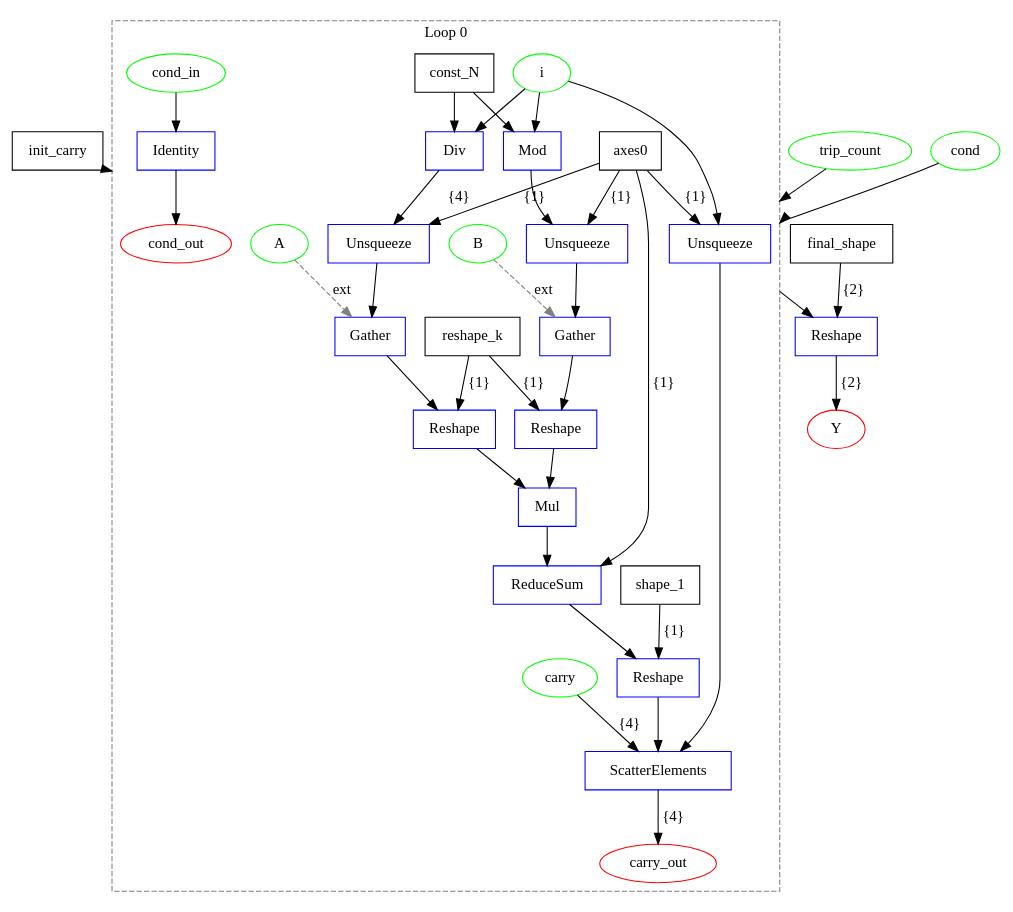
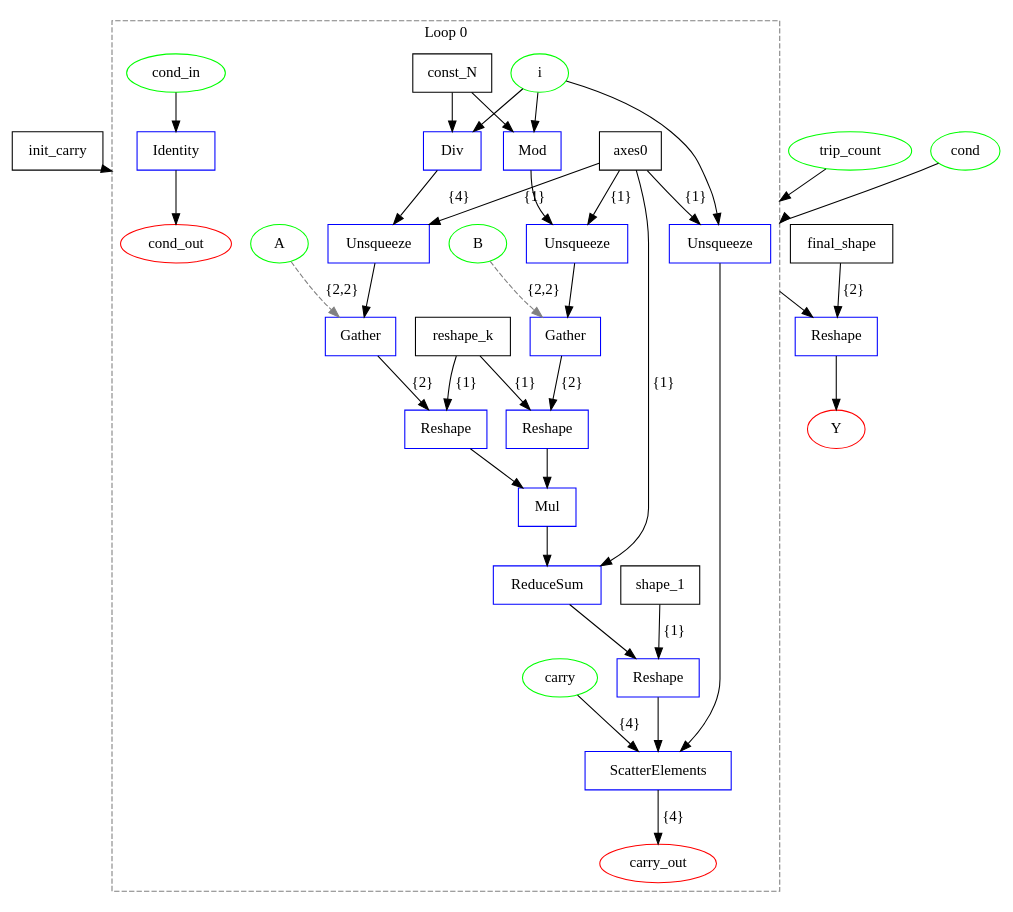
One commit to specs-feup/onnx-flow changed the diagram in examples/onnx/matmul_decomposed.dot. Above: the diagram before and after it, drawn with Graphviz. The commit also changed 27 other files, not shown here.

```diff
--- a/examples/onnx/matmul_decomposed.dot
+++ b/examples/onnx/matmul_decomposed.dot
@@ -1,77 +1,77 @@
 digraph {
   graph [compound=true];
   init_carry [label=init_carry shape=box];
   final_shape [label=final_shape shape=box];
   A [label=A shape=ellipse color="#00FF00"];
   B [label=B shape=ellipse color="#00FF00"];
   trip_count [label=trip_count shape=ellipse color="#00FF00"];
   cond [label=cond shape=ellipse color="#00FF00"];
   Y [label=Y shape=ellipse color="#FF0000"];
   subgraph cluster_loop_0 {
     graph [rankdir=LR compound=true];
     loop0_const_N [label=const_N shape=box];
     loop0_axes0 [label=axes0 shape=box];
     loop0_shape_1 [label=shape_1 shape=box];
     loop0_reshape_k [label=reshape_k shape=box];
     loop0_i [label=i shape=ellipse color="#00FF00"];
     loop0_cond_in [label=cond_in shape=ellipse color="#00FF00"];
     loop0_carry [label=carry shape=ellipse color="#00FF00"];
     loop0_cond_out [label=cond_out shape=ellipse color="#FF0000"];
     loop0_carry_out [label=carry_out shape=ellipse color="#FF0000"];
     loop0_0 [label=Unsqueeze shape=box color="#0000FF"];
     loop0_0 -> loop0_12 [label=""];
     loop0_1 [label=Div shape=box color="#0000FF"];
     loop0_1 -> loop0_3 [label=""];
     loop0_2 [label=Mod shape=box color="#0000FF"];
     loop0_2 -> loop0_4 [label=""];
     loop0_3 [label=Unsqueeze shape=box color="#0000FF"];
     loop0_3 -> loop0_5 [label=""];
     loop0_4 [label=Unsqueeze shape=box color="#0000FF"];
     loop0_4 -> loop0_7 [label=""];
     loop0_5 [label=Gather shape=box color="#0000FF"];
-    loop0_5 -> loop0_6 [label=""];
+    loop0_5 -> loop0_6 [label="{2}"];
     loop0_6 [label=Reshape shape=box color="#0000FF"];
     loop0_6 -> loop0_9 [label=""];
     loop0_7 [label=Gather shape=box color="#0000FF"];
-    loop0_7 -> loop0_8 [label=""];
+    loop0_7 -> loop0_8 [label="{2}"];
     loop0_8 [label=Reshape shape=box color="#0000FF"];
     loop0_8 -> loop0_9 [label=""];
     loop0_9 [label=Mul shape=box color="#0000FF"];
     loop0_9 -> loop0_10 [label=""];
     loop0_10 [label=ReduceSum shape=box color="#0000FF"];
     loop0_10 -> loop0_11 [label=""];
     loop0_11 [label=Reshape shape=box color="#0000FF"];
     loop0_11 -> loop0_12 [label=""];
     loop0_12 [label=ScatterElements shape=box color="#0000FF"];
     loop0_13 [label=Identity shape=box color="#0000FF"];
     loop0_i -> loop0_0 [label=""];
     loop0_axes0 -> loop0_0 [label="{1}"];
+    loop0_12 -> loop0_carry_out [label="{4}"];
     loop0_i -> loop0_1 [label=""];
     loop0_const_N -> loop0_1 [label=""];
     loop0_i -> loop0_2 [label=""];
     loop0_const_N -> loop0_2 [label=""];
     loop0_axes0 -> loop0_3 [label="{1}"];
     loop0_axes0 -> loop0_4 [label="{1}"];
     loop0_reshape_k -> loop0_6 [label="{1}"];
     loop0_reshape_k -> loop0_8 [label="{1}"];
     loop0_axes0 -> loop0_10 [label="{1}"];
     loop0_shape_1 -> loop0_11 [label="{1}"];
     loop0_carry -> loop0_12 [label="{4}"];
-    loop0_12 -> loop0_carry_out [label="{4}"];
     loop0_cond_in -> loop0_13 [label=""];
     loop0_13 -> loop0_cond_out [label=""];
-    A -> loop0_5 [style=dashed color=gray label=ext];
-    B -> loop0_7 [style=dashed color=gray label=ext];
+    A -> loop0_5 [style=dashed color=gray label="{2,2}"];
+    B -> loop0_7 [style=dashed color=gray label="{2,2}"];
     graph [label="Loop 0"];
     graph [style=dashed];
     graph [color=gray];
   }
 
   loop0_0 -> 1 [label="" ltail=cluster_loop_0];
   1 [label=Reshape shape=box color="#0000FF"];
   trip_count -> loop0_0 [label="" lhead=cluster_loop_0];
   cond -> loop0_0 [label="" lhead=cluster_loop_0];
   init_carry -> loop0_0 [label="{4}" lhead=cluster_loop_0];
   final_shape -> 1 [label="{2}"];
-  1 -> Y [label="{2}"];
+  1 -> Y [label=""];
 }
```
